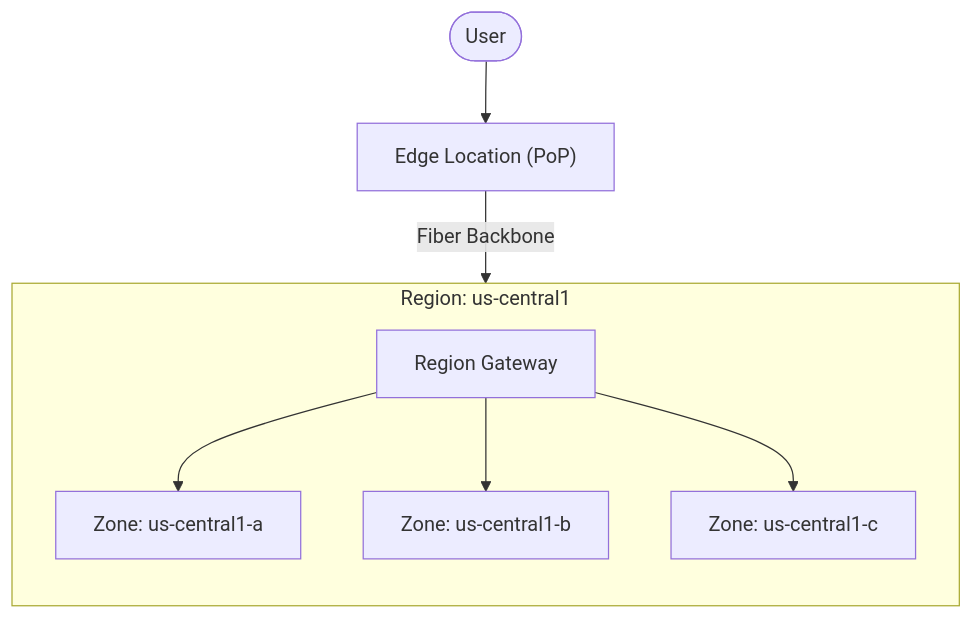
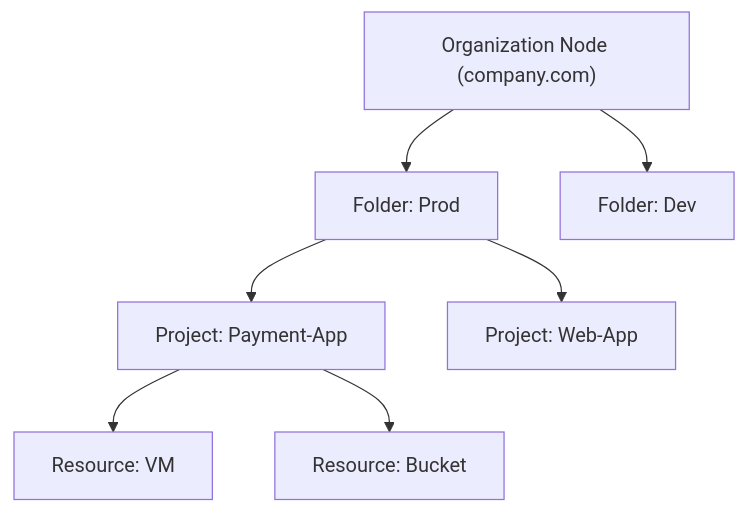
The second of 2 diagrams in curriculum/content/section_2_gcp_structure.md (jyothivempa/gcp-study-plan), drawn with Mermaid before and after one commit. The commit also changed other lines of this file and 6 other files, not shown here.

````diff
--- a/curriculum/content/section_2_gcp_structure.md
+++ b/curriculum/content/section_2_gcp_structure.md
@@ -23,12 +39,9 @@
 ```mermaid
 graph TD
-    User(["User"]) --> PoP["Edge Location (PoP)"]
-    PoP -- "Fiber Backbone" --> RegionGateway["Region Gateway"]
-    
-    subgraph RegionCluster ["Region: us-central1"]
-        direction TB
-        RegionGateway --> ZoneA["Zone: us-central1-a"]
-        RegionGateway --> ZoneB["Zone: us-central1-b"]
-        RegionGateway --> ZoneC["Zone: us-central1-c"]
-    end
+    Org["Organization Node (company.com)"] --> F_Prod["Folder: Prod"]
+    Org --> F_Dev["Folder: Dev"]
+    F_Prod --> P_App1["Project: Payment-App"]
+    F_Prod --> P_App2["Project: Web-App"]
+    P_App1 --> VM1["Resource: VM"]
+    P_App1 --> Bkt["Resource: Bucket"]
 ```
````
